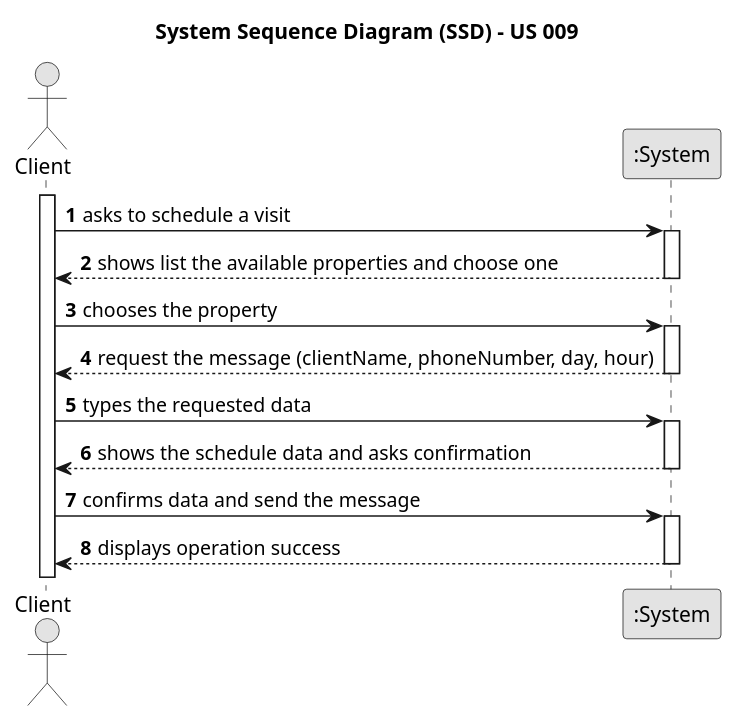
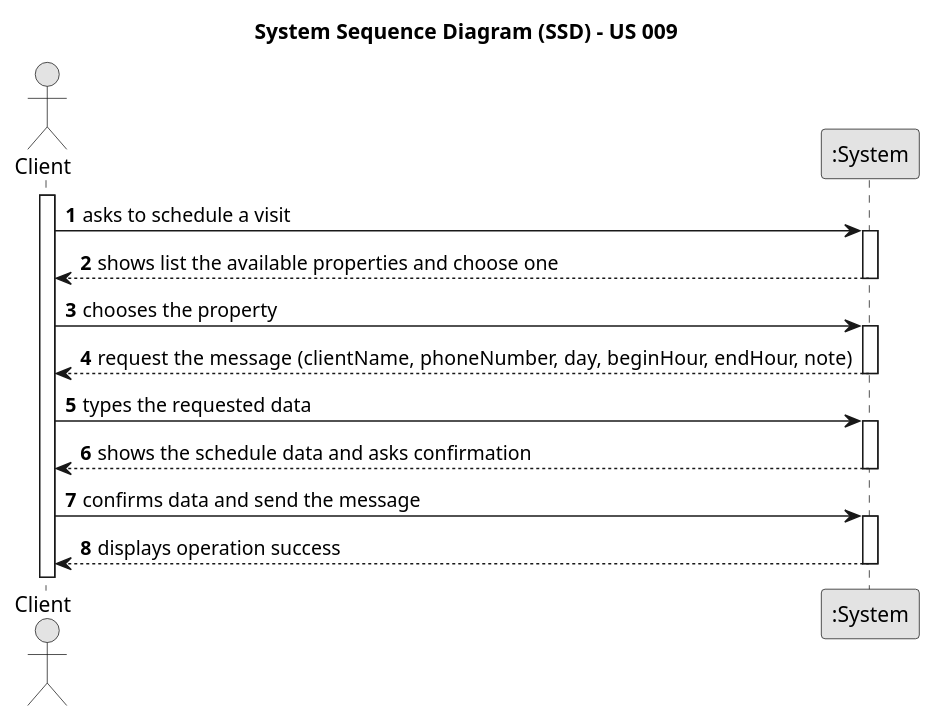
The diagram in docs/sprintC/US009/01.requirements-engineering/puml/SSD_009.puml (tiagohcorreia/LAPR2), drawn with PlantUML before and after one commit. The commit also changed 1 other file, not shown here.

```diff
--- a/docs/sprintC/US009/01.requirements-engineering/puml/SSD_009.puml
+++ b/docs/sprintC/US009/01.requirements-engineering/puml/SSD_009.puml
@@ -1,39 +1,39 @@
 @startuml
 skinparam monochrome true
 skinparam packageStyle rectangle
 skinparam shadowing false
 
 title System Sequence Diagram (SSD) - US 009
 
 autonumber
 
 actor "Client" as client
 participant ":System" as system
 
 activate client
 
     client -> system : asks to schedule a visit
     activate system
 
         system --> client : shows list the available properties and choose one
     deactivate system
 
     client -> system : chooses the property
     activate system
 
-        system --> client :  request the message (clientName, phoneNumber, day, hour)
+        system --> client :  request the message (clientName, phoneNumber, day, beginHour, endHour, note)
     deactivate system
 
     client -> system : types the requested data
     activate system
 
         system --> client : shows the schedule data and asks confirmation
     deactivate system
 
     client -> system : confirms data and send the message
     activate system
 
         system --> client : displays operation success
     deactivate system
 
 @enduml
```
